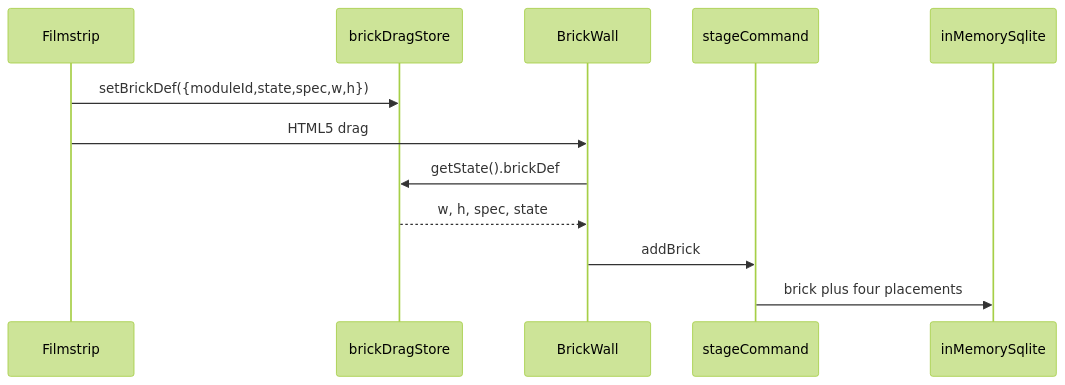
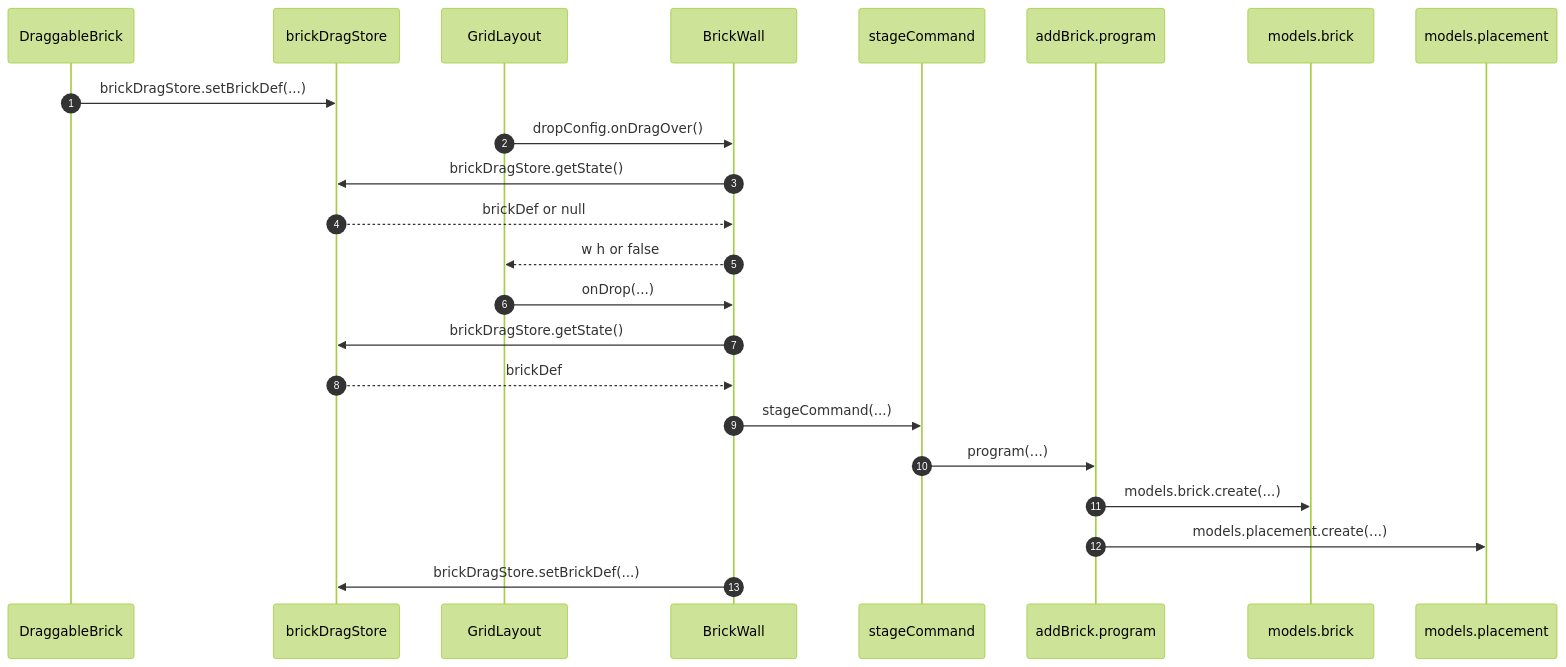
One commit to morgs32/qrk.sh changed the diagram in wiki/architecture/browser/LibraryBrickDrop.md. Above: the diagram before and after it, drawn with Mermaid (forest theme). The commit also changed other lines of this file and 5 other files, not shown here.

Commit message:
Save library architecture notes and Obsidian workspace WIP

````diff
--- a/wiki/architecture/browser/LibraryBrickDrop.md
+++ b/wiki/architecture/browser/LibraryBrickDrop.md
@@ -24,15 +28,37 @@
 ```mermaid
 sequenceDiagram
-  participant Filmstrip
+  participant DraggableBrick
   participant brickDragStore
+  participant GridLayout
   participant BrickWall
   participant stageCommand
-  participant sqlite as inMemorySqlite
-
-  Filmstrip->>brickDragStore: setBrickDef({moduleId,state,spec,w,h})
-  Filmstrip->>BrickWall: HTML5 drag
-  BrickWall->>brickDragStore: getState().brickDef
-  brickDragStore-->>BrickWall: w, h, spec, state
-  BrickWall->>stageCommand: addBrick
-  stageCommand->>sqlite: brick plus four placements
+  participant addBrickProgram as addBrick.program
+  participant brickModel as models.brick
+  participant placementModel as models.placement
+  autonumber 1
+  DraggableBrick->>brickDragStore: brickDragStore.setBrickDef(...)
+  autonumber 2
+  GridLayout->>BrickWall: dropConfig.onDragOver()
+  autonumber 3
+  BrickWall->>brickDragStore: brickDragStore.getState()
+  autonumber 4
+  brickDragStore-->>BrickWall: brickDef or null
+  autonumber 5
+  BrickWall-->>GridLayout: w h or false
+  autonumber 6
+  GridLayout->>BrickWall: onDrop(...)
+  autonumber 7
+  BrickWall->>brickDragStore: brickDragStore.getState()
+  autonumber 8
+  brickDragStore-->>BrickWall: brickDef
+  autonumber 9
+  BrickWall->>stageCommand: stageCommand(...)
+  autonumber 10
+  stageCommand->>addBrickProgram: program(...)
+  autonumber 11
+  addBrickProgram->>brickModel: models.brick.create(...)
+  autonumber 12
+  addBrickProgram->>placementModel: models.placement.create(...)
+  autonumber 13
+  BrickWall->>brickDragStore: brickDragStore.setBrickDef(...)
 ```
````
